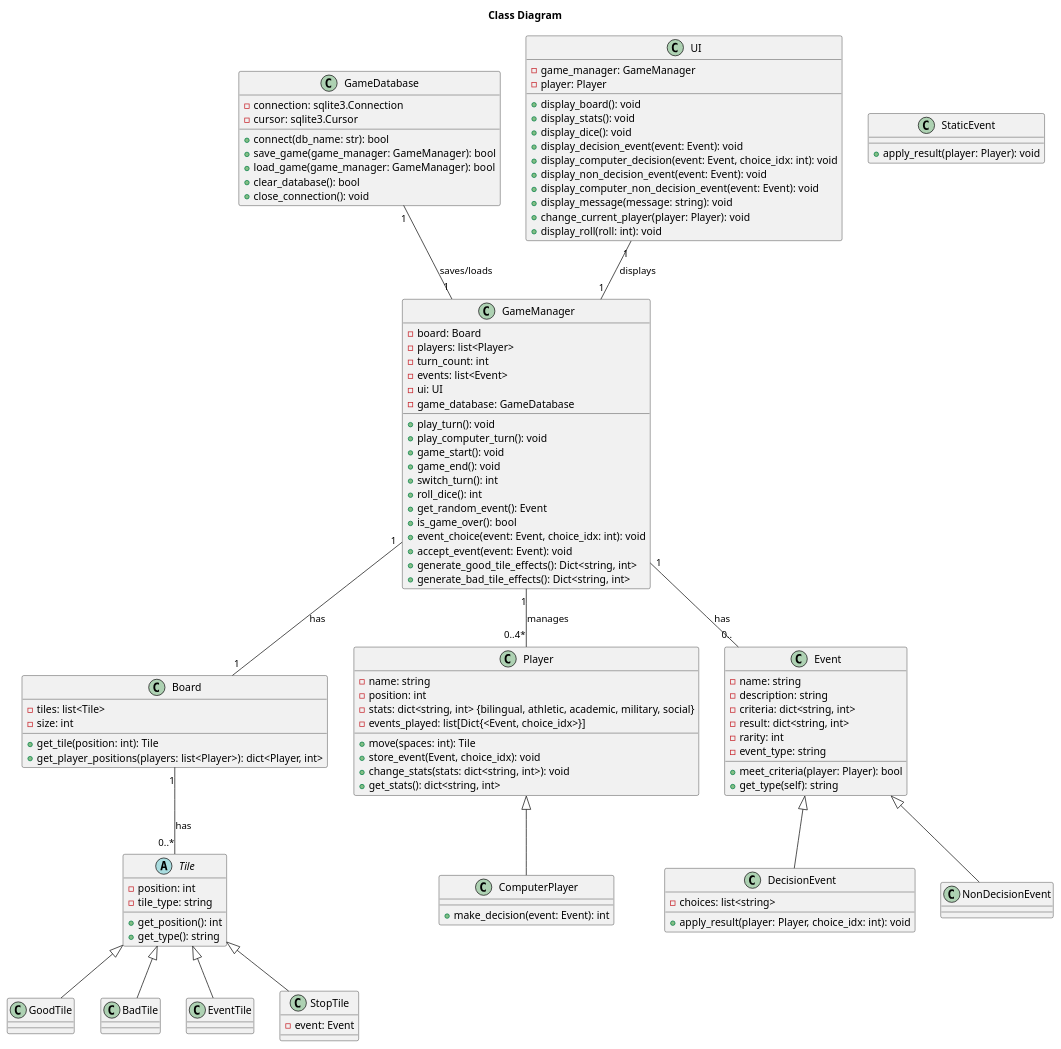
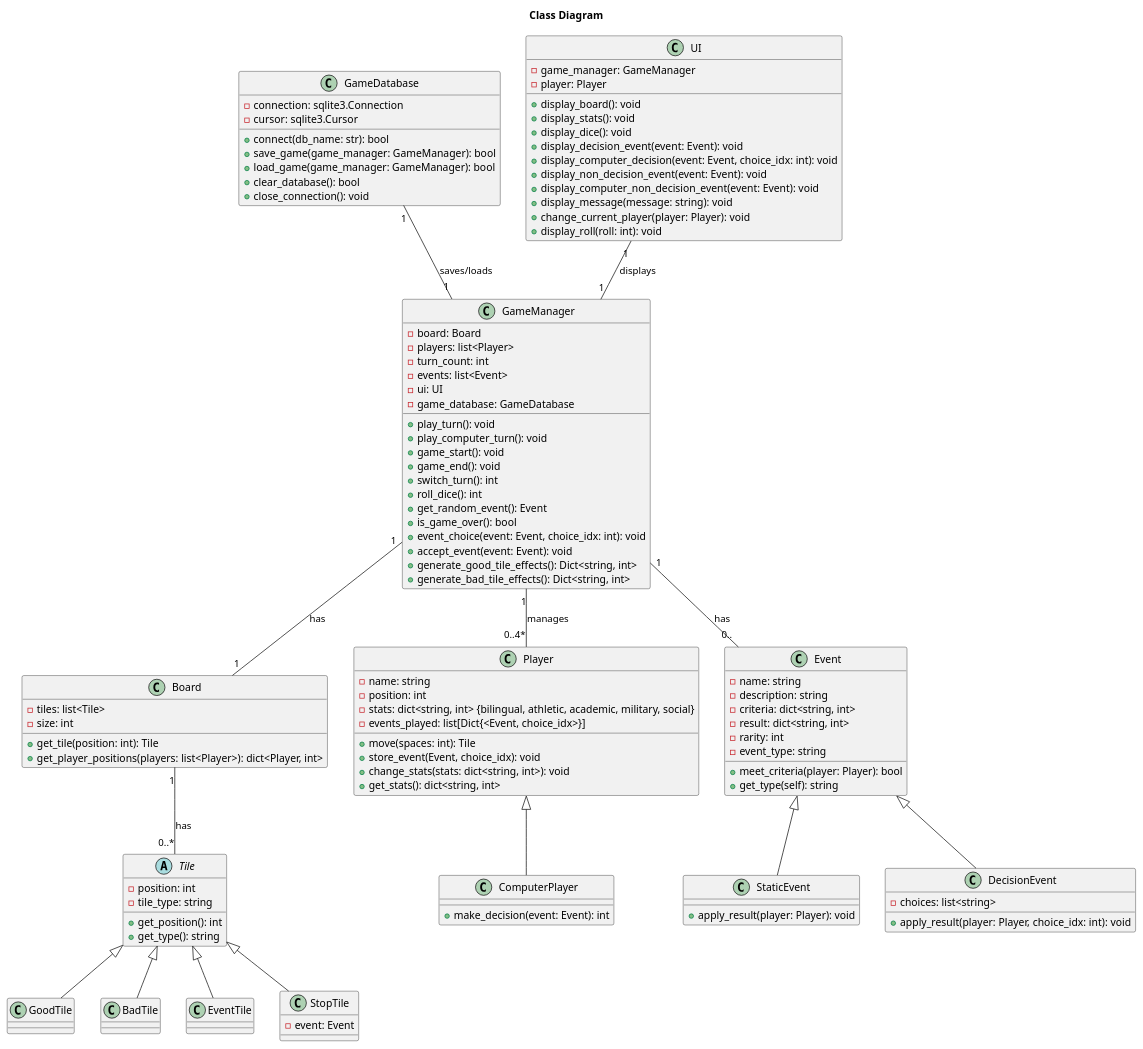
Before and after one commit to CSE-362-2025/BoardGameProject: the diagram in diagrams/class_diagram.puml, drawn with PlantUML.

Commit message:
small class diagram fix

```diff
--- a/diagrams/class_diagram.puml
+++ b/diagrams/class_diagram.puml
@@ -1,153 +1,153 @@
 @startuml class_diagram
 title "Class Diagram"
 ' skinparam shadowing false
 ' skinparam classAttributeIconSize 0
 
 class GameDatabase {
     
     - connection: sqlite3.Connection
     - cursor: sqlite3.Cursor
 
     + connect(db_name: str): bool
     + save_game(game_manager: GameManager): bool
     + load_game(game_manager: GameManager): bool
     + clear_database(): bool
     + close_connection(): void
 
 }
 
 class Board {
 
     - tiles: list<Tile>
     - size: int
 
     + get_tile(position: int): Tile
     + get_player_positions(players: list<Player>): dict<Player, int>
 }
 
 abstract class Tile {
 
     - position: int
     - tile_type: string
 
     + get_position(): int
     + get_type(): string
 }
 
 class GoodTile {
 }
 
 class BadTile {
 }
 
 class EventTile {
 }
 
 class StopTile {
     - event: Event
 
 }
 
 class Player {
 
     - name: string
     - position: int
     - stats: dict<string, int> {bilingual, athletic, academic, military, social}
     - events_played: list[Dict{<Event, choice_idx>}]
 
     + move(spaces: int): Tile
     + store_event(Event, choice_idx): void
     + change_stats(stats: dict<string, int>): void
     + get_stats(): dict<string, int>
 
 }
 
 class ComputerPlayer {
 
     + make_decision(event: Event): int
 }
 
 class Event {
 
     - name: string
     - description: string
     - criteria: dict<string, int>
     - result: dict<string, int>
     - rarity: int
     - event_type: string
 
     + meet_criteria(player: Player): bool
     + get_type(self): string
 }
 
 class StaticEvent {
 
     + apply_result(player: Player): void
 }
 
 class DecisionEvent {
     - choices: list<string>
 
     + apply_result(player: Player, choice_idx: int): void
 }
 
 
 class GameManager {
 
     - board: Board
     - players: list<Player>
     - turn_count: int
     - events: list<Event>
     - ui: UI
     - game_database: GameDatabase
 
     + play_turn(): void
     + play_computer_turn(): void
     + game_start(): void
     + game_end(): void
     + switch_turn(): int
     + roll_dice(): int
     + get_random_event(): Event
     + is_game_over(): bool
     + event_choice(event: Event, choice_idx: int): void
     + accept_event(event: Event): void
     + generate_good_tile_effects(): Dict<string, int>
     + generate_bad_tile_effects(): Dict<string, int>
 }
 
 class UI {
 
     - game_manager: GameManager
     - player: Player
 
     + display_board(): void
     + display_stats(): void
     + display_dice(): void
     + display_decision_event(event: Event): void
     + display_computer_decision(event: Event, choice_idx: int): void
     + display_non_decision_event(event: Event): void
     + display_computer_non_decision_event(event: Event): void
     + display_message(message: string): void
     + change_current_player(player: Player): void
     + display_roll(roll: int): void
 }
 
 
 ' Relationships
 
 Board "1" -- "0..*" Tile : "has"
 GameDatabase "1" -- "1" GameManager : "saves/loads"
 GameManager "1" -- "0..4*" Player : "manages"
 GameManager "1" -- "1" Board : "has"
 GameManager "1" -- "0.." Event : "has"
 UI "1" -- "1" GameManager : "displays"
 Tile <|-- GoodTile
 Tile <|-- BadTile
 Tile <|-- EventTile
 Tile <|-- StopTile
-Event <|-- NonDecisionEvent
+Event <|-- StaticEvent
 Event <|-- DecisionEvent
 Player <|-- ComputerPlayer
 
 
 @enduml
```
